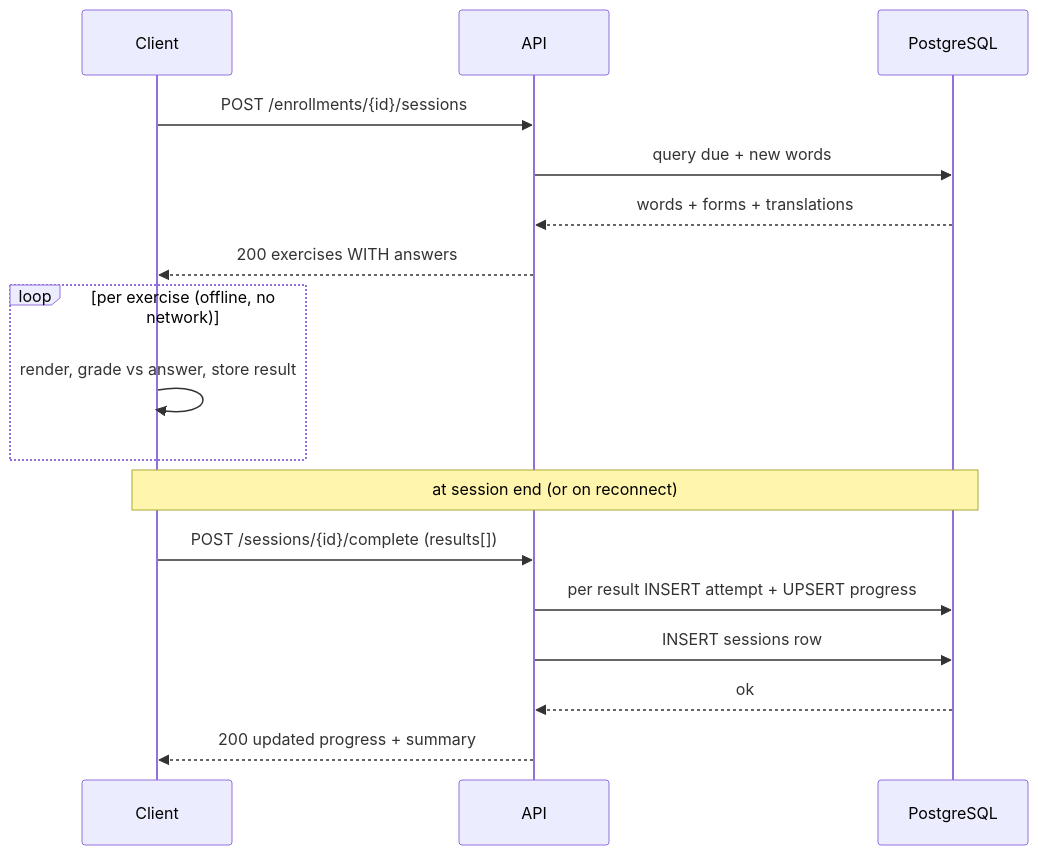
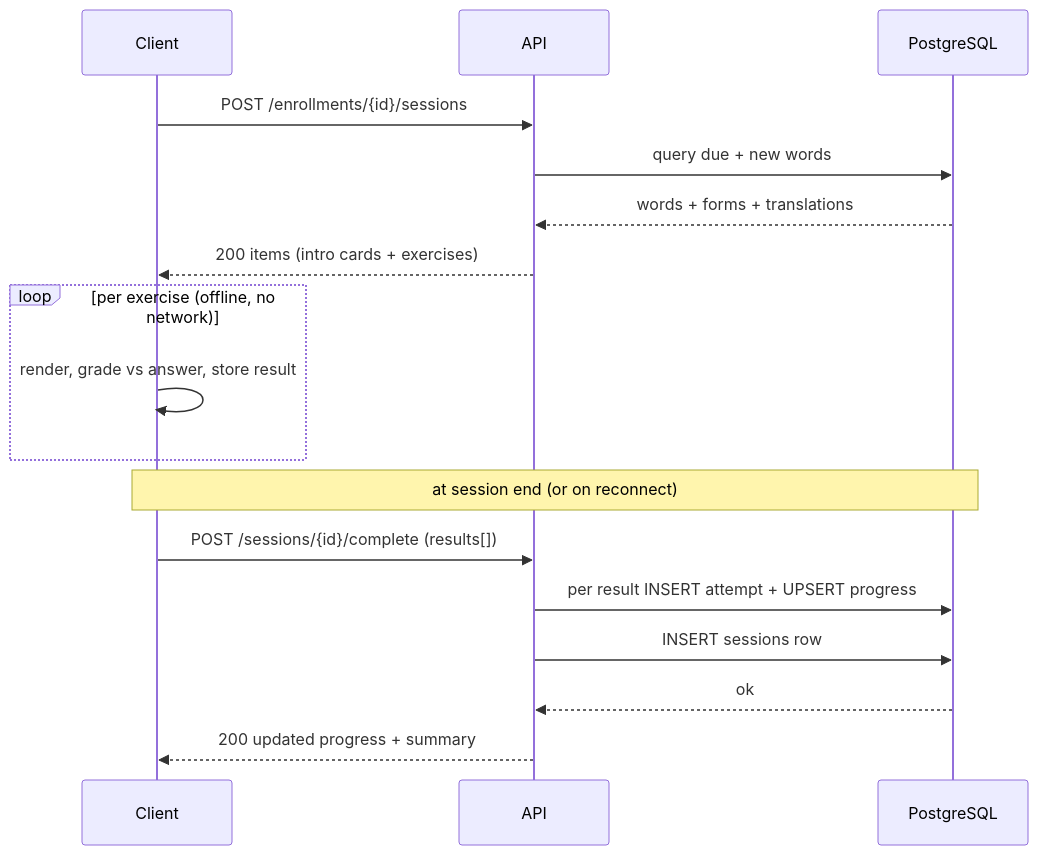
The second of 2 diagrams in server/learner/doc/app-info/API.md (artgryn/learner-app), drawn with Mermaid before and after one commit. The commit also changed other lines of this file and 40 other files, not shown here.

````diff
--- a/server/learner/doc/app-info/API.md
+++ b/server/learner/doc/app-info/API.md
@@ -358,19 +469,19 @@
 ```mermaid
 sequenceDiagram
     participant C as Client
     participant A as API
     participant D as PostgreSQL
     C->>A: POST /enrollments/{id}/sessions
     A->>D: query due + new words
     D-->>A: words + forms + translations
-    A-->>C: 200 exercises WITH answers
+    A-->>C: 200 items (intro cards + exercises)
     loop per exercise (offline, no network)
         C->>C: render, grade vs answer, store result
     end
     Note over C,D: at session end (or on reconnect)
     C->>A: POST /sessions/{id}/complete (results[])
     A->>D: per result INSERT attempt + UPSERT progress
     A->>D: INSERT sessions row
     D-->>A: ok
     A-->>C: 200 updated progress + summary
 ```
````
